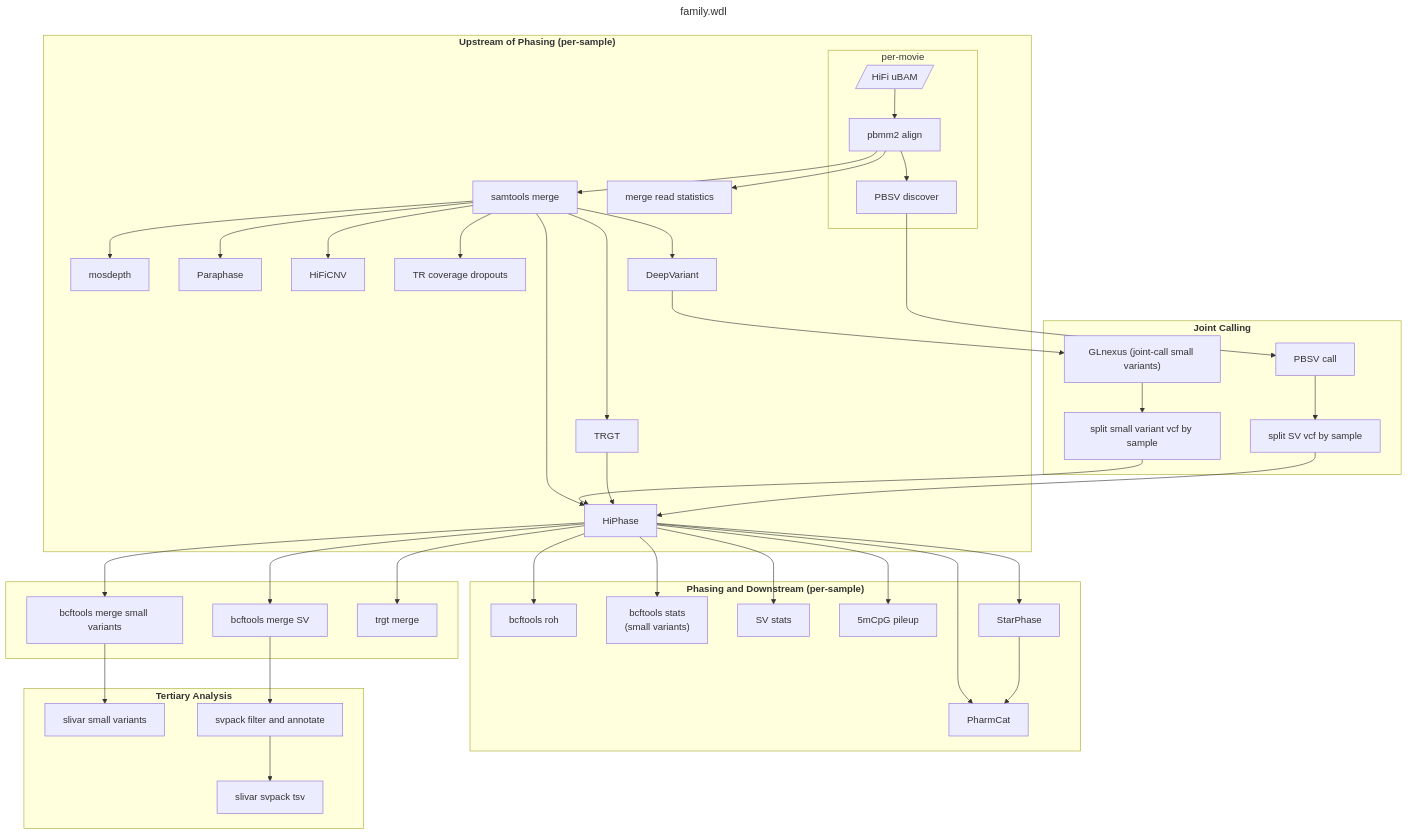
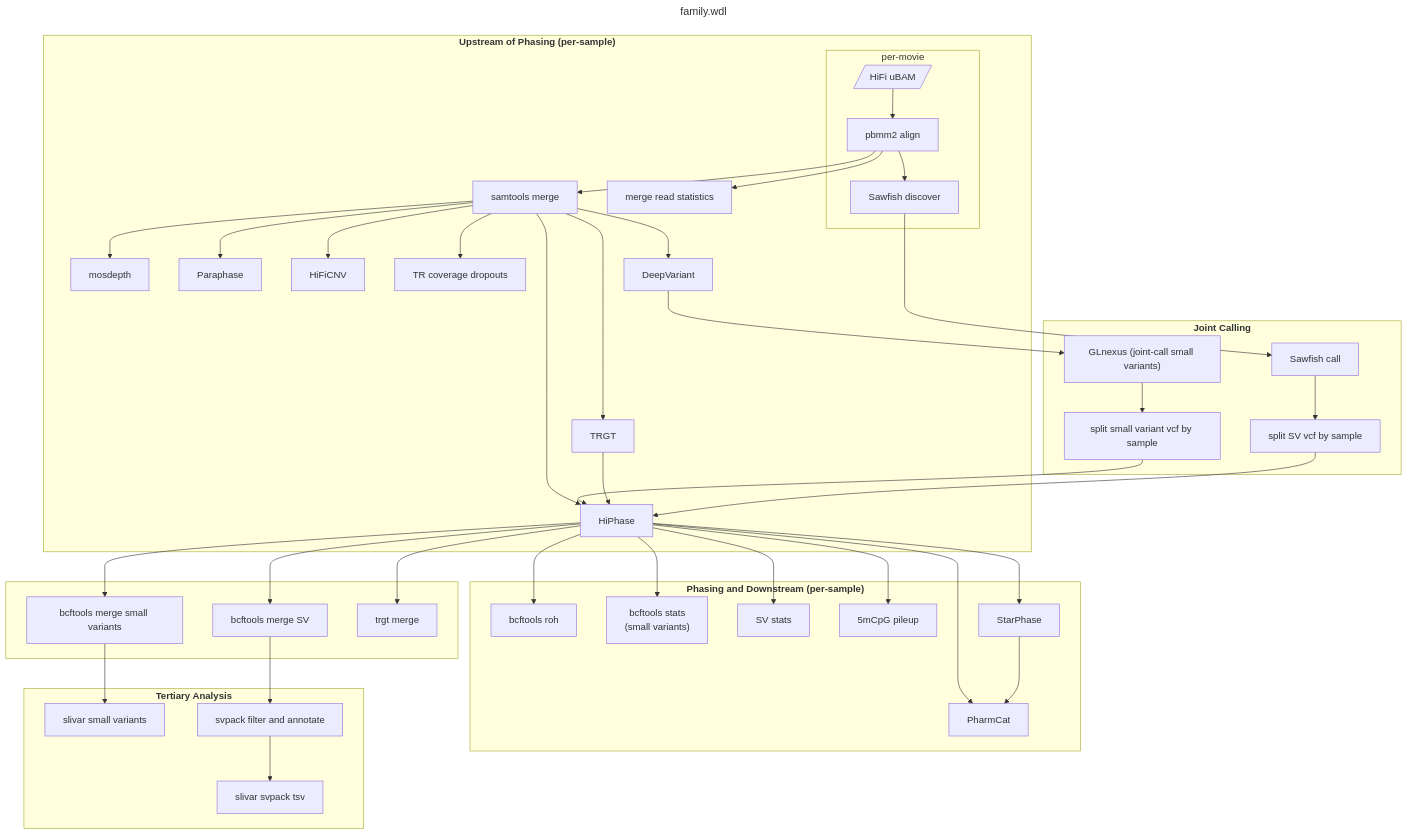
Before and after one commit to PacificBiosciences/HiFi-human-WGS-WDL: the diagram in docs/family.md, drawn with Mermaid. The commit also changed other lines of this file and 2 other files, not shown here.

Commit message:
Update docs to replace pbsv with Sawfish.

````diff
--- a/docs/family.md
+++ b/docs/family.md
@@ -22,49 +22,49 @@
 ```mermaid
 ---
 title: family.wdl
 ---
 flowchart TD
   subgraph "`**Upstream of Phasing (per-sample)**`"
     subgraph "per-movie"
       ubam[/"HiFi uBAM"/] --> pbmm2_align["pbmm2 align"]
-      pbmm2_align --> pbsv_discover["PBSV discover"]
+      pbmm2_align --> sawfish_discover["Sawfish discover"]
     end
     pbmm2_align --> merge_read_stats["merge read statistics"]
     pbmm2_align --> samtools_merge["samtools merge"]
     samtools_merge --> mosdepth["mosdepth"]
     samtools_merge --> paraphase["Paraphase"]
     samtools_merge --> hificnv["HiFiCNV"]
     samtools_merge --> trgt["TRGT"]
     samtools_merge --> trgt_dropouts["TR coverage dropouts"]
     samtools_merge --> deepvariant["DeepVariant"]
     samtools_merge --> hiphase["HiPhase"]
   end
   subgraph "`**Joint Calling**`"
     deepvariant --> glnexus["GLnexus (joint-call small variants)"]
-    pbsv_discover --> pbsv_call["PBSV call"]
+    sawfish_discover --> sawfish_call["Sawfish call"]
     glnexus --> split_glnexus["split small variant vcf by sample"]
-    pbsv_call --> split_pbsv["split SV vcf by sample"]
+    sawfish_call --> split_sawfish["split SV vcf by sample"]
   end
   subgraph "`**Phasing and Downstream (per-sample)**`"
     split_glnexus --> hiphase
     trgt --> hiphase
-    split_pbsv --> hiphase
+    split_sawfish --> hiphase
     hiphase --> bcftools_roh["bcftools roh"]
     hiphase --> bcftools_stats["bcftools stats\n(small variants)"]
     hiphase --> sv_stats["SV stats"]
     hiphase --> cpg_pileup["5mCpG pileup"]
     hiphase --> starphase["StarPhase"]
     hiphase --> pharmcat["PharmCat"]
     starphase --> pharmcat
   end
   subgraph " "
     hiphase --> merge_small_variants["bcftools merge small variants"]
     hiphase --> merge_svs["bcftools merge SV"]
     hiphase --> trgt_merge["trgt merge"]
   end
   subgraph "`**Tertiary Analysis**`"
     merge_small_variants --> slivar_small_variants["slivar small variants"]
     merge_svs --> svpack["svpack filter and annotate"]
     svpack --> slivar_svpack["slivar svpack tsv"]
   end
 ```
````
